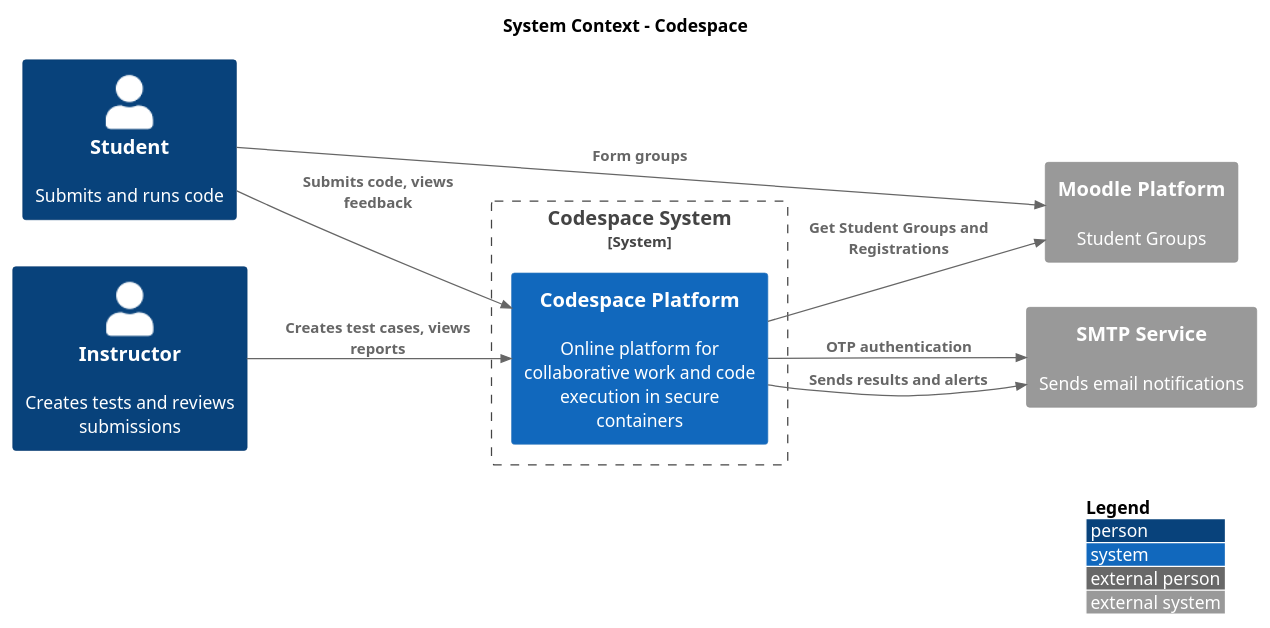
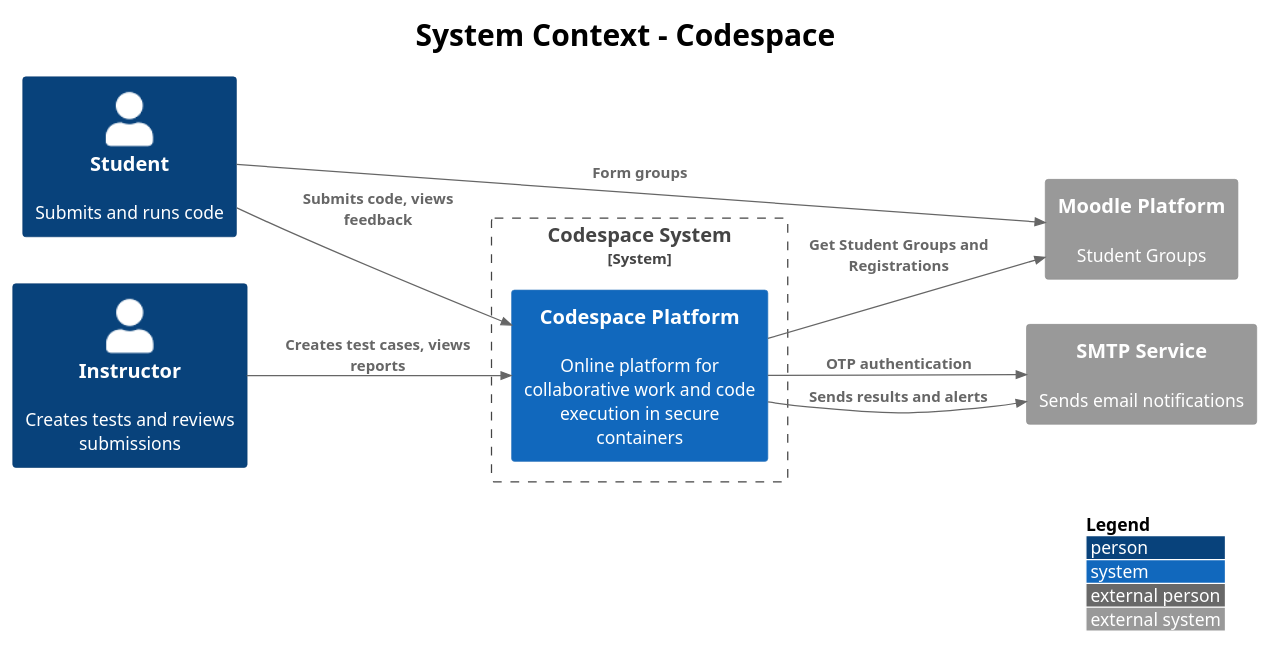
The diagram in codespace/systemContext.puml (Hayzenpup/design-playground), drawn with PlantUML before and after one commit. The commit also changed 1 other file, not shown here.

Commit message:
codespace: container diagrams

```diff
--- a/codespace/systemContext.puml
+++ b/codespace/systemContext.puml
@@ -1,32 +1,33 @@
 @startuml
 !includeurl https://raw.githubusercontent.com/plantuml-stdlib/C4-PlantUML/master/C4_Context.puml
 
 title System Context - Codespace
+skinparam titleFontSize 24
 
 ' Place this at the top, before elements
 LAYOUT_LEFT_RIGHT()
 
 ' === ACTORS ===
 Person(user, "Student", "Submits and runs code")
 Person(teacher, "Instructor", "Creates tests and reviews submissions")
 
 ' === SYSTEM UNDER DESIGN ===
 System_Boundary(s1, "Codespace System") {
     System(codespace, "Codespace Platform", "Online platform for collaborative work and code execution in secure containers")
 }
 
 ' === EXTERNAL SYSTEMS ===
 System_Ext(email, "SMTP Service", "Sends email notifications")
-System_Ext(moodle, "Moodle Platform", "Student Groups")
+System_Ext(moodle, "Moodle Platform", "Student Groups", $link="https://moodle.uni-siegen.de/course/view.php?id=5258")
 
 ' === RELATIONSHIPS ===
 Rel(user, codespace, "Submits code, views feedback")
 Rel(teacher, codespace, "Creates test cases, views reports")
 Rel(codespace, email, "OTP authentication")
 Rel(codespace, email, "Sends results and alerts")
 
 Rel(user, moodle, "Form groups")
 Rel(codespace, moodle, "Get Student Groups and Registrations")
 
 LAYOUT_WITH_LEGEND()
 @enduml
```
